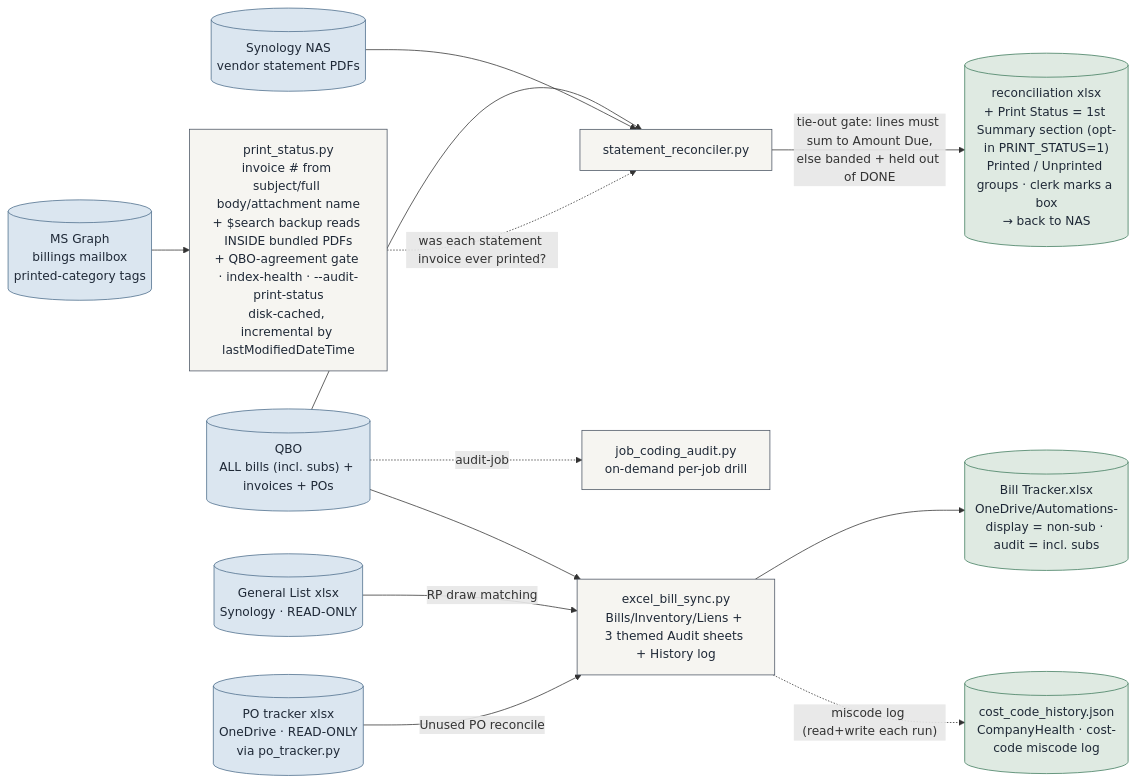
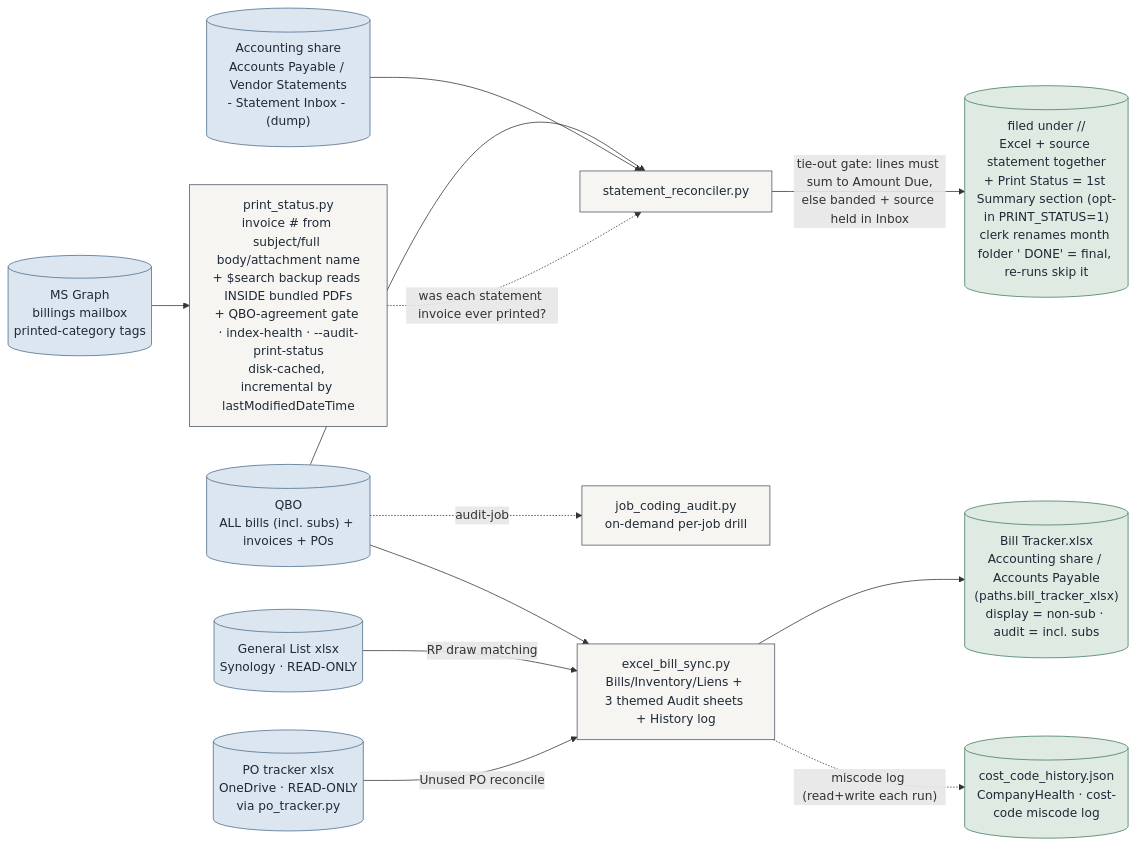
Before and after one commit to Ecarlo-Proficient/Claude-Report: the second of 6 diagrams in docs/ARCHITECTURE.md, drawn with Mermaid. The commit also changed 9 other files, not shown here.

First line of the commit message:
AP folder reorg: statements filed by vendor/month, Bill Tracker moved to Accounts Payable

````diff
--- a/docs/ARCHITECTURE.md
+++ b/docs/ARCHITECTURE.md
@@ -222,28 +222,28 @@
 ```mermaid
 flowchart LR
     classDef src fill:#dbe6f0,stroke:#4A6B8A,color:#1f2937
     classDef tool fill:#f6f5f1,stroke:#4b5563,color:#1f2937
     classDef out fill:#dfeae2,stroke:#3E7A5C,color:#1f2937
 
     QBO[("QBO\nALL bills (incl. subs) + invoices + POs")]:::src
-    NAS[("Synology NAS\nvendor statement PDFs")]:::src
+    NAS[("Accounting share\nAccounts Payable / Vendor Statements\n- Statement Inbox - (dump)")]:::src
     GL[("General List xlsx\nSynology · READ-ONLY")]:::src
     POT[("PO tracker xlsx\nOneDrive · READ-ONLY\nvia po_tracker.py")]:::src
     MBX[("MS Graph\nbillings mailbox\nprinted-category tags")]:::src
     BT["excel_bill_sync.py\nBills/Inventory/Liens + 3 themed Audit sheets + History log"]:::tool
     JCA["job_coding_audit.py\non-demand per-job drill"]:::tool
     SR["statement_reconciler.py"]:::tool
     PS["print_status.py\ninvoice # from subject/full body/attachment name\n+ $search backup reads INSIDE bundled PDFs\n+ QBO-agreement gate · index-health · --audit-print-status\ndisk-cached, incremental by lastModifiedDateTime"]:::tool
-    BX[("Bill Tracker.xlsx\nOneDrive/Automations-\ndisplay = non-sub · audit = incl. subs")]:::out
+    BX[("Bill Tracker.xlsx\nAccounting share / Accounts Payable\n(paths.bill_tracker_xlsx)\ndisplay = non-sub · audit = incl. subs")]:::out
     CCH[("cost_code_history.json\nCompanyHealth · cost-code miscode log")]:::out
-    RX[("reconciliation xlsx\n+ Print Status = 1st Summary section (opt-in PRINT_STATUS=1)\nPrinted / Unprinted groups · clerk marks a box\n→ back to NAS")]:::out
+    RX[("filed under <Vendor>/<MM-YYYY>/\nExcel + source statement together\n+ Print Status = 1st Summary section (opt-in PRINT_STATUS=1)\nclerk renames month folder '<MM-YYYY> DONE' = final, re-runs skip it")]:::out
 
     QBO --> BT --> BX
     BT -. "miscode log (read+write each run)" .-> CCH
     QBO -. "audit-job" .-> JCA
     GL -- "RP draw matching" --> BT
     POT -- "Unused PO reconcile" --> BT
     QBO --> SR
-    NAS --> SR -- "tie-out gate: lines must sum to Amount Due,\nelse banded + held out of DONE" --> RX
+    NAS --> SR -- "tie-out gate: lines must sum to Amount Due,\nelse banded + source held in Inbox" --> RX
     MBX --> PS -. "was each statement invoice ever printed?" .-> SR
 ```
````
